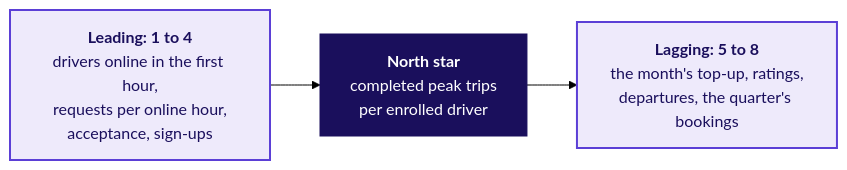
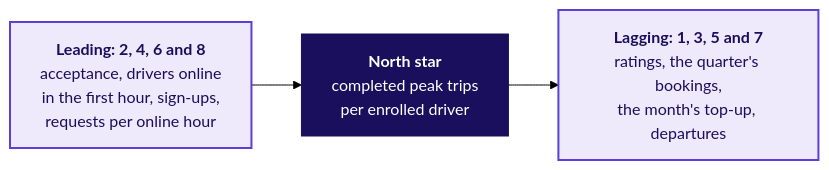
Before and after one commit to fde-academy-lab/c2-content-factory: the second of 3 diagrams in content/W04/D1/slides/C2_W04_D01_fallback_STUDENT.md, drawn with Mermaid (forest theme). The commit also changed other lines of this file and 9 other files, not shown here.

````diff
--- a/content/W04/D1/slides/C2_W04_D01_fallback_STUDENT.md
+++ b/content/W04/D1/slides/C2_W04_D01_fallback_STUDENT.md
@@ -185,9 +187,9 @@
 ```mermaid
 flowchart LR
-    I["<b>Leading: 1 to 4</b><br/>drivers online in the first hour,<br/>requests per online hour,<br/>acceptance, sign-ups"] --> N["<b>North star</b><br/>completed peak trips<br/>per enrolled driver"]
-    N --> C["<b>Lagging: 5 to 8</b><br/>the month's top-up, ratings,<br/>departures, the quarter's bookings"]
+    I["<b>Leading: 2, 4, 6 and 8</b><br/>acceptance, drivers online<br/>in the first hour, sign-ups,<br/>requests per online hour"] --> N["<b>North star</b><br/>completed peak trips<br/>per enrolled driver"]
+    N --> C["<b>Lagging: 1, 3, 5 and 7</b><br/>ratings, the quarter's bookings,<br/>the month's top-up, departures"]
     classDef known fill:#EEEAFB,stroke:#5B3FD6,color:#1A0F5C,stroke-width:2px
     classDef lit fill:#1A0F5C,stroke:#1A0F5C,color:#FFFFFF
     class I,C known
     class N lit
 ```
````
